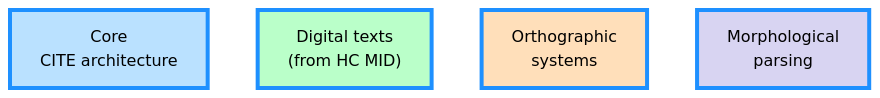
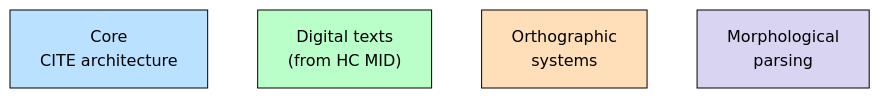
Before and after one commit to neelsmith/quart-home: the second of 3 diagrams in digschol/pkg_graph/index.qmd, drawn with Mermaid (forest theme). The commit also changed other lines of this file and 2 other files, not shown here.

Commit message:
Link pkg graph to docs

````diff
--- a/digschol/pkg_graph/index.qmd
+++ b/digschol/pkg_graph/index.qmd
@@ -133,26 +136,26 @@
 ```{mermaid}
 graph TD;
     cite["Core\nCITE architecture"]
     mid["Digital texts\n(from HC MID)"]
     ortho["Orthographic\nsystems"]
     morph["Morphological\nparsing"]
 
  
 
-    classDef citeclass fill:#bae1ff,stroke-width:4,stroke:#1E90FF
+    classDef citeclass fill:#bae1ff,stroke:black
     class cite citeclass
     click cite "https://neelsmith.quarto.pub/cite/" "CITE core"
 
-    classDef midclass fill:#baffc9,stroke-width:4,stroke:#1E90FF
+    classDef midclass fill:#baffc9,stroke:black
     class mid midclass
     click mid "https://neelsmith.quarto.pub/digitexts/" "MID abstractions for digital text study"
 
-    classDef orthclass fill:#ffdfba,stroke-width:4,stroke:#1E90FF
+    classDef orthclass fill:#ffdfba,stroke:black
     class ortho orthclass
     click ortho "https://neelsmith.quarto.pub/digitexts/orthography/" "Orthographic systems"
 
-    classDef morphclass fill:#d8d4f2,stroke-width:4,stroke:#1E90FF
+    classDef morphclass fill:#d8d4f2,stroke:black
     class morph morphclass
     click morph "https://neelsmith.quarto.pub/digitexts/parsing/" "Morphological parsing"
 
 ```
````
